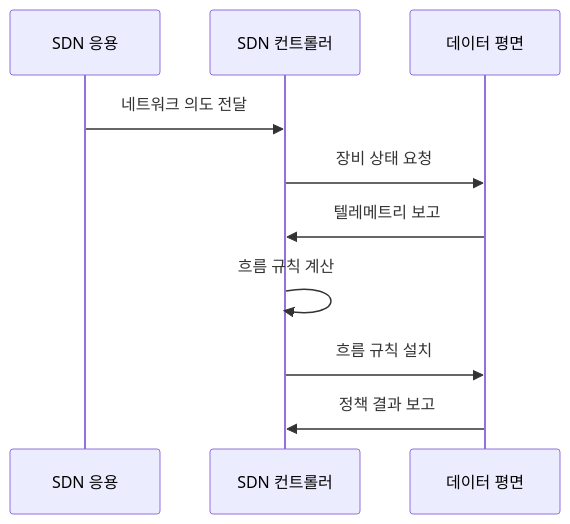
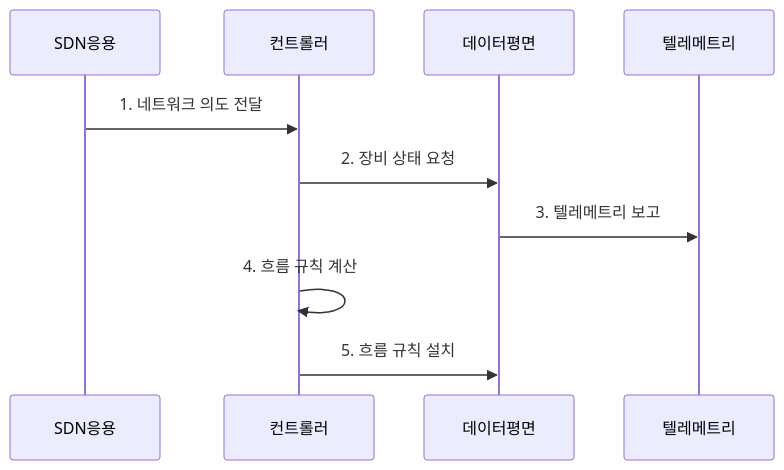
Before and after one commit to agnusdei1207/knowledge-base: the second of 2 diagrams in src/content/docs/notes/04-network/056_software_defined_networking.md, drawn with Mermaid. The commit also changed other lines of this file and 20 other files, not shown here.

````diff
--- a/src/content/docs/notes/04-network/056_software_defined_networking.md
+++ b/src/content/docs/notes/04-network/056_software_defined_networking.md
@@ -85,12 +81,12 @@
 ```mermaid
 sequenceDiagram
-    participant A as SDN 응용
-    participant C as SDN 컨트롤러
-    participant D as 데이터 평면
-    A->>C: 네트워크 의도 전달
-    C->>D: 장비 상태 요청
-    D->>C: 텔레메트리 보고
-    C->>C: 흐름 규칙 계산
-    C->>D: 흐름 규칙 설치
-    D->>C: 정책 결과 보고
+    participant SDN응용
+    participant 컨트롤러
+    participant 데이터평면
+    participant 텔레메트리
+    SDN응용->>컨트롤러: 1. 네트워크 의도 전달
+    컨트롤러->>데이터평면: 2. 장비 상태 요청
+    데이터평면->>텔레메트리: 3. 텔레메트리 보고
+    컨트롤러->>컨트롤러: 4. 흐름 규칙 계산
+    컨트롤러->>데이터평면: 5. 흐름 규칙 설치
 ```
````
